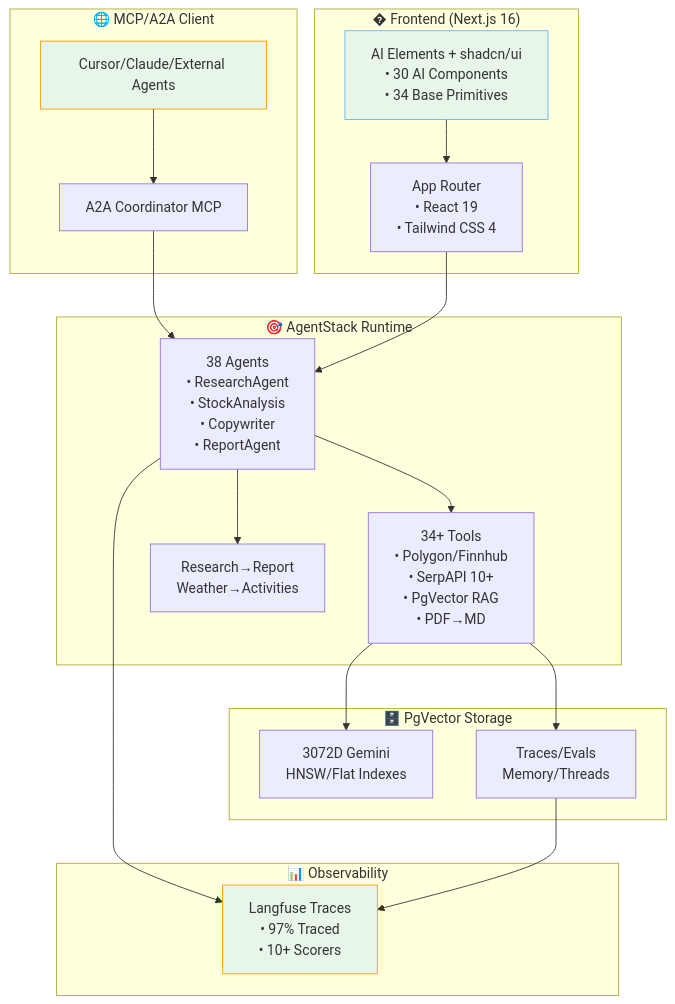
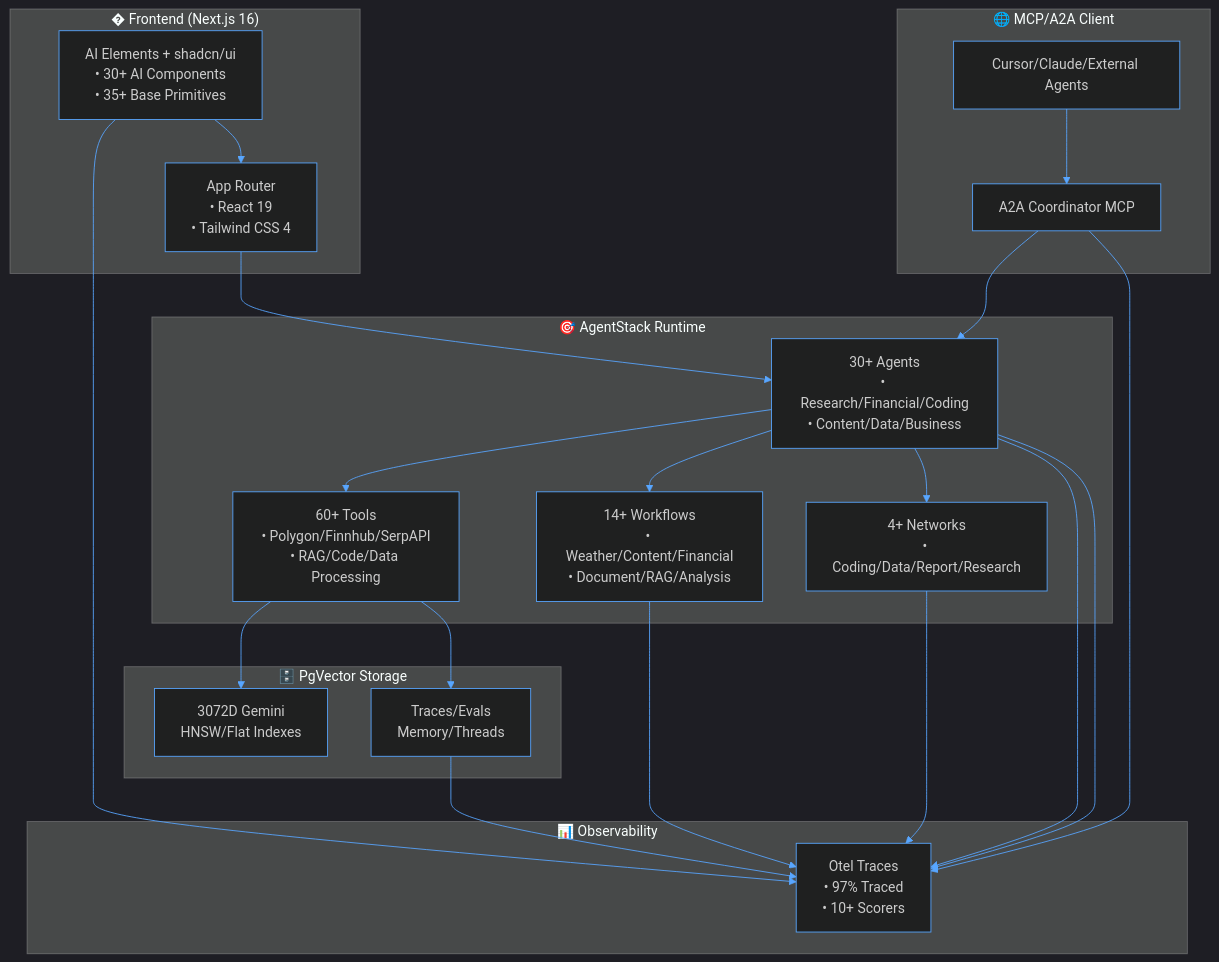
One commit to ssdeanx/AgentStack changed the first of 5 diagrams in README.md. Above: the diagram before and after it, drawn with Mermaid. The commit also changed other lines of this file, not shown here.

````diff
--- a/README.md
+++ b/README.md
@@ -86,34 +86,50 @@
 ```mermaid
+%%{init: {'theme': 'dark', 'themeVariables': { 'primaryColor': '#58a6ff', 'primaryTextColor': '#c9d1d9', 'primaryBorderColor': '#30363d', 'lineColor': '#58a6ff', 'sectionBkgColor': '#161b22', 'altSectionBkgColor': '#0d1117', 'sectionTextColor': '#c9d1d9', 'gridColor': '#30363d', 'tertiaryColor': '#161b22' }}}%%
 graph TB
     subgraph "� Frontend (Next.js 16)"
-        UI[AI Elements + shadcn/ui<br/>• 30 AI Components<br/>• 34 Base Primitives]
+        UI[AI Elements + shadcn/ui<br/>• 30+ AI Components<br/>• 35+ Base Primitives]
         App[App Router<br/>• React 19<br/>• Tailwind CSS 4]
     end
 
     subgraph "🌐 MCP/A2A Client"
         Client[Cursor/Claude/External Agents] --> Coord[A2A Coordinator MCP]
     end
 
     subgraph "🎯 AgentStack Runtime"
-        Coord --> Agents[38 Agents<br/>• ResearchAgent<br/>• StockAnalysis<br/>• Copywriter<br/>• ReportAgent]
-        Agents --> Tools[34+ Tools<br/>• Polygon/Finnhub<br/>• SerpAPI 10+<br/>• PgVector RAG<br/>• PDF→MD]
-        Agents --> Workflows[Research→Report<br/>Weather→Activities]
+        Coord --> Agents[30+ Agents<br/>• Research/Financial/Coding<br/>• Content/Data/Business]
+        Agents --> Tools[60+ Tools<br/>• Polygon/Finnhub/SerpAPI<br/>• RAG/Code/Data Processing]
+        Agents --> Workflows[14+ Workflows<br/>• Weather/Content/Financial<br/>• Document/RAG/Analysis]
+        Agents --> Networks[4+ Networks<br/>• Coding/Data/Report/Research]
     end
 
     subgraph "🗄️ PgVector Storage"
         Tools --> Embeddings[3072D Gemini<br/>HNSW/Flat Indexes]
         Tools --> Postgres[Traces/Evals<br/>Memory/Threads]
     end
 
     subgraph "📊 Observability"
-        Agents --> Langfuse[Langfuse Traces<br/>• 97% Traced<br/>• 10+ Scorers]
-        Postgres --> Langfuse
+        Agents --> Otel[Otel Traces<br/>• 97% Traced<br/>• 10+ Scorers]
+        UI --> Otel
+        Postgres --> Otel
+        Agents --> Otel
+        Coord --> Otel
+        Workflows --> Otel
+        Networks --> Otel
+
     end
 
     UI --> App
     App --> Agents
 
-    style Client fill:#e8f5e9,stroke:#ff9800
-    style Langfuse fill:#e8f5e9,stroke:#ff9800
-    style UI fill:#e8f5e9,stroke:#64b5f6
+    style Client stroke:#58a6ff
+    style App stroke:#58a6ff
+    style Coord stroke:#58a6ff
+    style Agents stroke:#58a6ff
+    style Tools stroke:#58a6ff
+    style Embeddings stroke:#58a6ff
+    style Workflows stroke:#58a6ff
+    style Networks stroke:#58a6ff
+    style Postgres stroke:#58a6ff
+    style Otel stroke:#58a6ff
+    style UI stroke:#58a6ff
 ```
````
